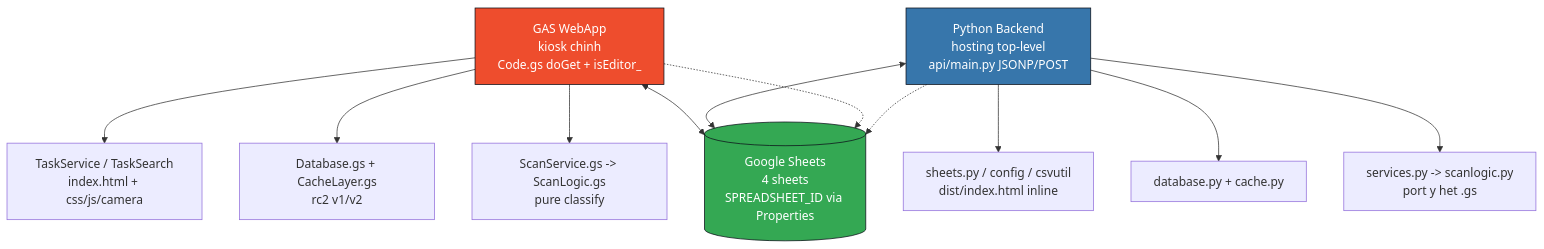
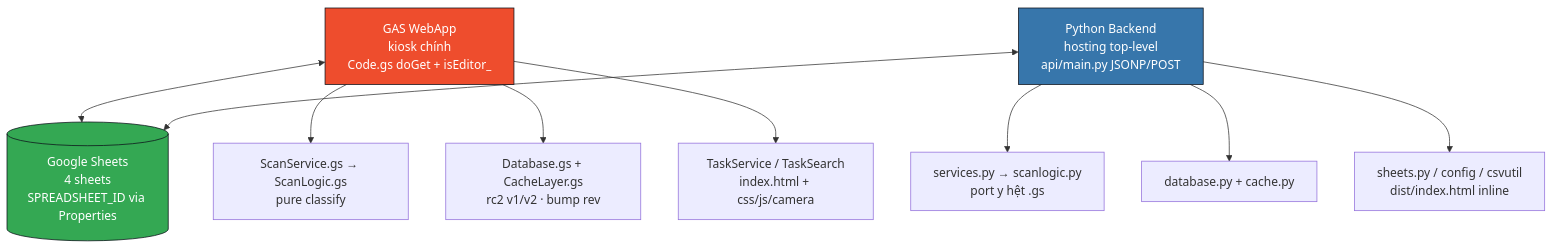
Before and after one commit to Duc-Nguyen-739/spx-diem-danh: the first of 2 diagrams in README.md, drawn with Mermaid. The commit also changed other lines of this file, not shown here.

Commit message:
docs(readme): rework hot 2026 — bento, TL;DR, cache details, deploy flow

````diff
--- a/README.md
+++ b/README.md
@@ -107,19 +128,16 @@
 ```mermaid
 graph TD
-    A["GAS WebApp<br>kiosk chinh<br>Code.gs doGet + isEditor_"] <--> C[("Google Sheets<br>4 sheets<br>SPREADSHEET_ID via Properties")]
-    B["Python Backend<br>hosting top-level<br>api/main.py JSONP/POST"] <--> C
+    A["GAS WebApp<br/>kiosk chính<br/>Code.gs doGet + isEditor_"] <--> C[("Google Sheets<br/>4 sheets<br/>SPREADSHEET_ID via Properties")]
+    B["Python Backend<br/>hosting top-level<br/>api/main.py JSONP/POST"] <--> C
 
-    A --> A1["ScanService.gs -> ScanLogic.gs<br>pure classify"]
-    A --> A2["Database.gs + CacheLayer.gs<br>rc2 v1/v2"]
-    A --> A3["TaskService / TaskSearch<br>index.html + css/js/camera"]
-    B --> B1["services.py -> scanlogic.py<br>port y het .gs"]
+    A --> A1["ScanService.gs → ScanLogic.gs<br/>pure classify"]
+    A --> A2["Database.gs + CacheLayer.gs<br/>rc2 v1/v2 · bump rev"]
+    A --> A3["TaskService / TaskSearch<br/>index.html + css/js/camera"]
+    B --> B1["services.py → scanlogic.py<br/>port y hệt .gs"]
     B --> B2["database.py + cache.py"]
-    B --> B3["sheets.py / config / csvutil<br>dist/index.html inline"]
-
-    A -.-> C
-    B -.-> C
+    B --> B3["sheets.py / config / csvutil<br/>dist/index.html inline"]
 
     style A fill:#EE4D2D,stroke:#0d111a,color:#fff
     style B fill:#3776AB,stroke:#0d111a,color:#fff
     style C fill:#34A853,stroke:#0d111a,color:#fff
 ```
````
